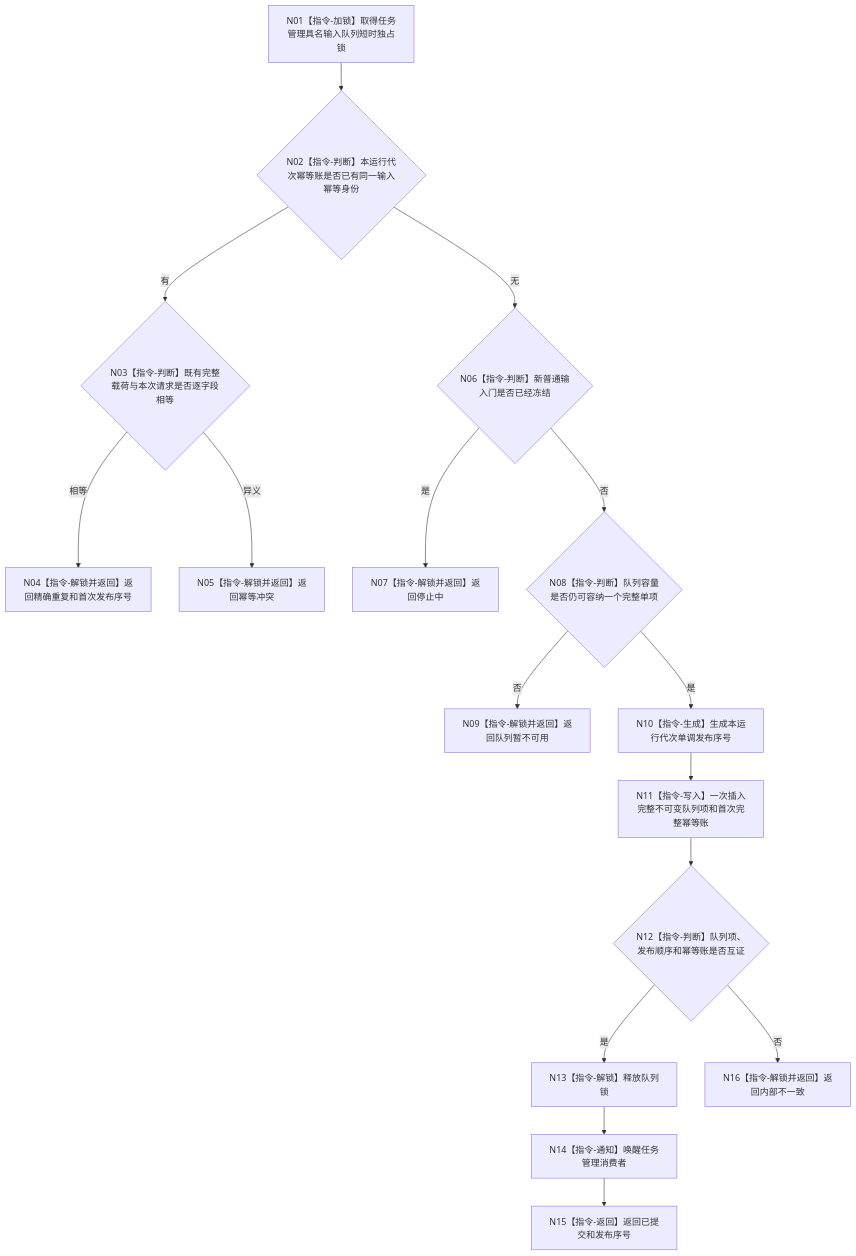
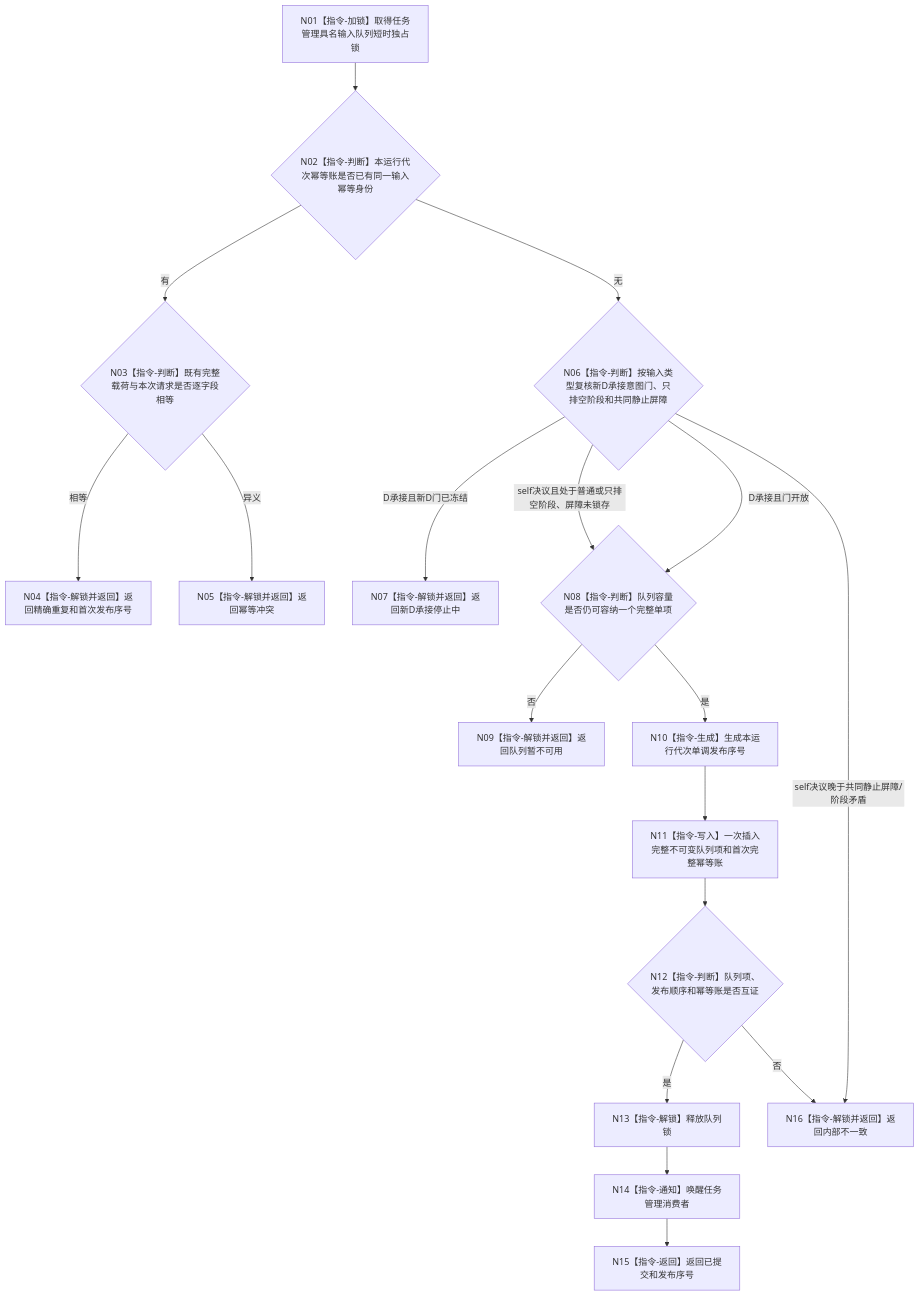
One commit to chunhaizh-cyber/HY-Ego changed the diagram in 流程图/目标业务流程图/L3/BIZ-L3-002-08-02_原子提交一个已复核任务管理具名输入_目标函数流程图_v0.2.md. Above: the diagram before and after it, drawn with Mermaid. The commit also changed other lines of this file and 3 other files, not shown here.

````diff
--- a/流程图/目标业务流程图/L3/BIZ-L3-002-08-02_原子提交一个已复核任务管理具名输入_目标函数流程图_v0.2.md
+++ b/流程图/目标业务流程图/L3/BIZ-L3-002-08-02_原子提交一个已复核任务管理具名输入_目标函数流程图_v0.2.md
@@ -33,31 +33,33 @@
 ```mermaid
 flowchart TD
     N01["N01【指令-加锁】取得任务管理具名输入队列短时独占锁"]
     N02{"N02【指令-判断】本运行代次幂等账是否已有同一输入幂等身份"}
     N03{"N03【指令-判断】既有完整载荷与本次请求是否逐字段相等"}
     N04["N04【指令-解锁并返回】返回精确重复和首次发布序号"]
     N05["N05【指令-解锁并返回】返回幂等冲突"]
-    N06{"N06【指令-判断】新普通输入门是否已经冻结"}
-    N07["N07【指令-解锁并返回】返回停止中"]
+    N06{"N06【指令-判断】按输入类型复核新D承接意图门、只排空阶段和共同静止屏障"}
+    N07["N07【指令-解锁并返回】返回新D承接停止中"]
     N08{"N08【指令-判断】队列容量是否仍可容纳一个完整单项"}
     N09["N09【指令-解锁并返回】返回队列暂不可用"]
     N10["N10【指令-生成】生成本运行代次单调发布序号"]
     N11["N11【指令-写入】一次插入完整不可变队列项和首次完整幂等账"]
     N12{"N12【指令-判断】队列项、发布顺序和幂等账是否互证"}
     N13["N13【指令-解锁】释放队列锁"]
     N14["N14【指令-通知】唤醒任务管理消费者"]
     N15["N15【指令-返回】返回已提交和发布序号"]
     N16["N16【指令-解锁并返回】返回内部不一致"]
 
     N01 --> N02
     N02 -->|有| N03
     N03 -->|相等| N04
     N03 -->|异义| N05
     N02 -->|无| N06
-    N06 -->|是| N07
-    N06 -->|否| N08
+    N06 -->|D承接且新D门已冻结| N07
+    N06 -->|D承接且门开放| N08
+    N06 -->|self决议且处于普通或只排空阶段、屏障未锁存| N08
+    N06 -->|self决议晚于共同静止屏障/阶段矛盾| N16
     N08 -->|否| N09
     N08 -->|是| N10 --> N11 --> N12
     N12 -->|否| N16
     N12 -->|是| N13 --> N14 --> N15
 ```
````
